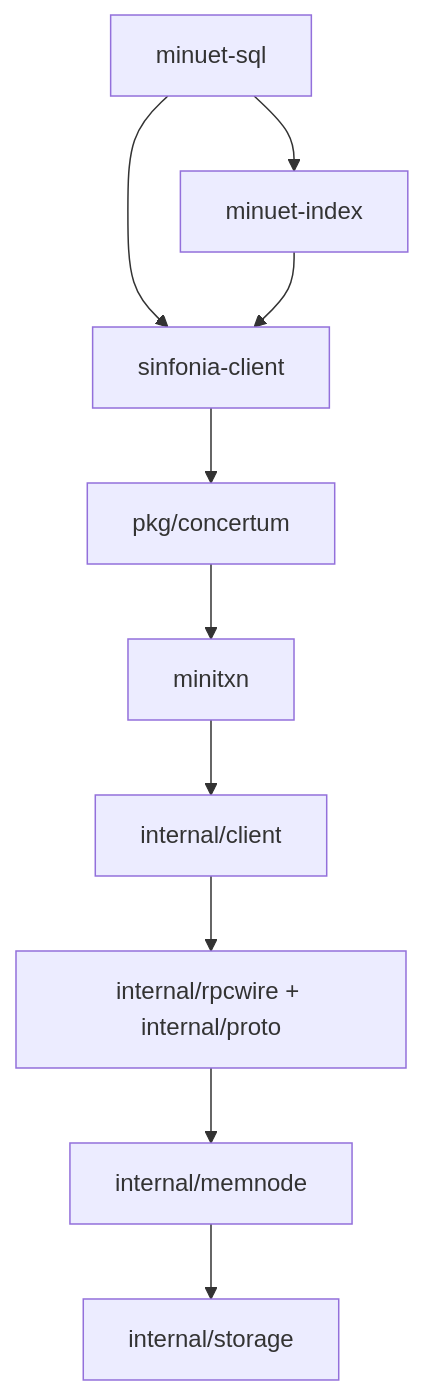
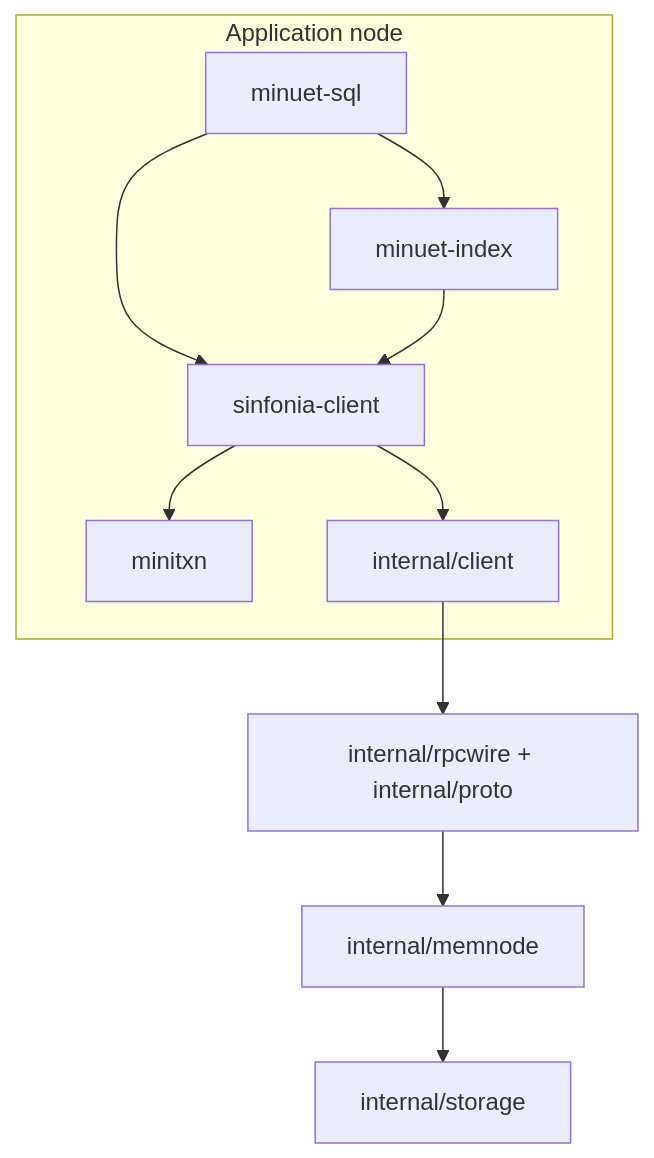
Before and after one commit to jbancroft/ConcertumDemo: the diagram in docs/design.md, drawn with Mermaid. The commit also changed other lines of this file and 14 other files, not shown here.

Commit message:
Consolidate application client in sinfonia-client

````diff
--- a/docs/design.md
+++ b/docs/design.md
@@ -5,12 +5,13 @@
 ```mermaid
 flowchart TD
-    SQL[minuet-sql] --> Index[minuet-index]
-    SQL --> SDK[sinfonia-client]
-    Index --> SDK
-    SDK --> API[pkg/concertum]
-    API --> Transaction[minitxn]
-    Transaction --> Coordinator[internal/client]
+    subgraph Application[Application node]
+        SQL[minuet-sql] --> Index[minuet-index]
+        SQL --> Library[sinfonia-client]
+        Index --> Library
+        Library --> Transaction[minitxn]
+        Library --> Coordinator[internal/client]
+    end
     Coordinator --> Wire[internal/rpcwire + internal/proto]
     Wire --> Node[internal/memnode]
     Node --> Storage[internal/storage]
 ```
````
